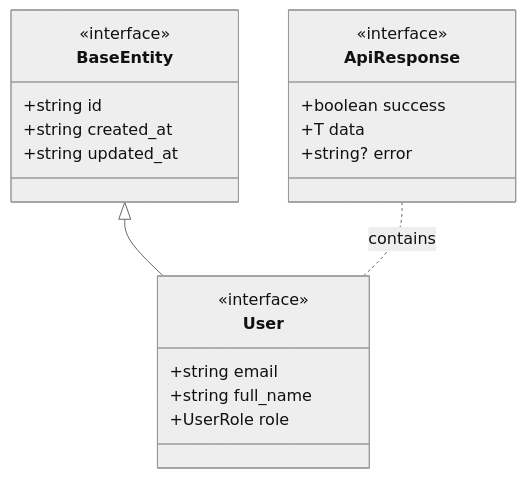
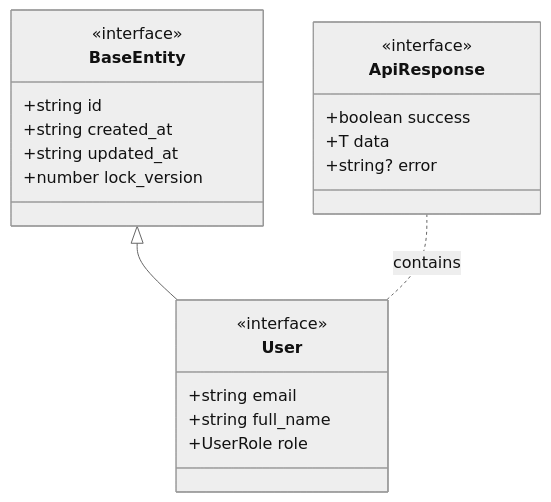
The fourth of 4 diagrams in Patterns/Apps/Frontend/next-js/NextJS-App-Router-Standards.md (eSynergy-Solutions/architecture-patterns), drawn with Mermaid (neutral theme) before and after one commit.

Commit message:
docs: align BaseEntity in Next.js standards with backend lock_version

````diff
--- a/Patterns/Apps/Frontend/next-js/NextJS-App-Router-Standards.md
+++ b/Patterns/Apps/Frontend/next-js/NextJS-App-Router-Standards.md
@@ -162,27 +162,28 @@
 ```mermaid
 classDiagram
     class BaseEntity {
         <<interface>>
         +string id
         +string created_at
         +string updated_at
+        +number lock_version
     }
 
     class ApiResponse {
         <<interface>>
         +boolean success
         +T data
         +string? error
     }
 
     class User {
         <<interface>>
         +string email
         +string full_name
         +UserRole role
     }
 
     %% Relationships
     BaseEntity <|-- User
     ApiResponse .. User : contains
 ```
````
